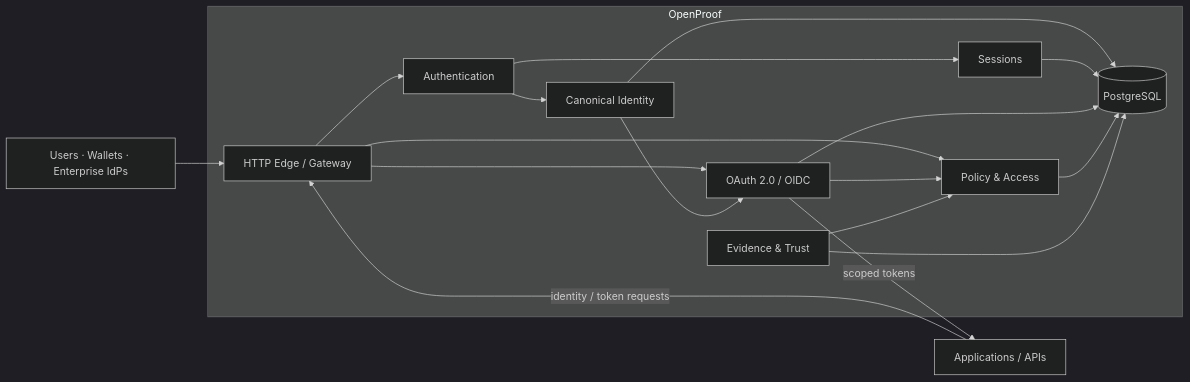
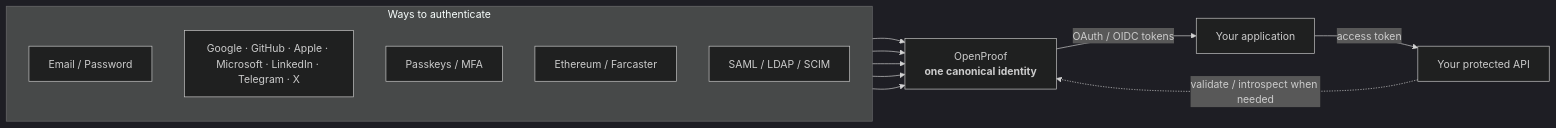
Before and after one commit to genyleap/openproof: the first of 2 diagrams in README.md, drawn with Mermaid (dark theme). The commit also changed other lines of this file, not shown here.

Commit message:
Clarify OpenProof README diagrams

````diff
--- a/README.md
+++ b/README.md
@@ -36,36 +40,25 @@
 ```mermaid
 flowchart LR
-    Actors["Users · Wallets · Enterprise IdPs"]
-
-    subgraph OP["OpenProof"]
-        Edge["HTTP Edge / Gateway"]
-        Auth["Authentication"]
-        Identity["Canonical Identity"]
-        Sessions["Sessions"]
-        OAuth["OAuth 2.0 / OIDC"]
-        Policy["Policy & Access"]
-        Trust["Evidence & Trust"]
-        Storage[("PostgreSQL")]
-
-        Edge --> Auth
-        Edge --> OAuth
-        Edge --> Policy
-        Auth --> Identity
-        Auth --> Sessions
-        Identity --> OAuth
-        OAuth --> Policy
-        Trust --> Policy
-
-        Identity --> Storage
-        Sessions --> Storage
-        OAuth --> Storage
-        Policy --> Storage
-        Trust --> Storage
+    subgraph Methods["Ways to authenticate"]
+        direction TB
+        Password["Email / Password"]
+        Social["Google · GitHub · Apple · Microsoft · LinkedIn · Telegram · X"]
+        Passkey["Passkeys / MFA"]
+        Wallet["Ethereum / Farcaster"]
+        Enterprise["SAML / LDAP / SCIM"]
     end
 
-    Apps["Applications / APIs"]
+    OpenProof["OpenProof<br/><b>one canonical identity</b>"]
+    App["Your application"]
+    API["Your protected API"]
 
-    Actors --> Edge
-    OAuth -->|"scoped tokens"| Apps
-    Apps -->|"identity / token requests"| Edge
+    Password --> OpenProof
+    Social --> OpenProof
+    Passkey --> OpenProof
+    Wallet --> OpenProof
+    Enterprise --> OpenProof
+
+    OpenProof -->|"OAuth / OIDC tokens"| App
+    App -->|"access token"| API
+    API -.->|"validate / introspect when needed"| OpenProof
 ```
````
